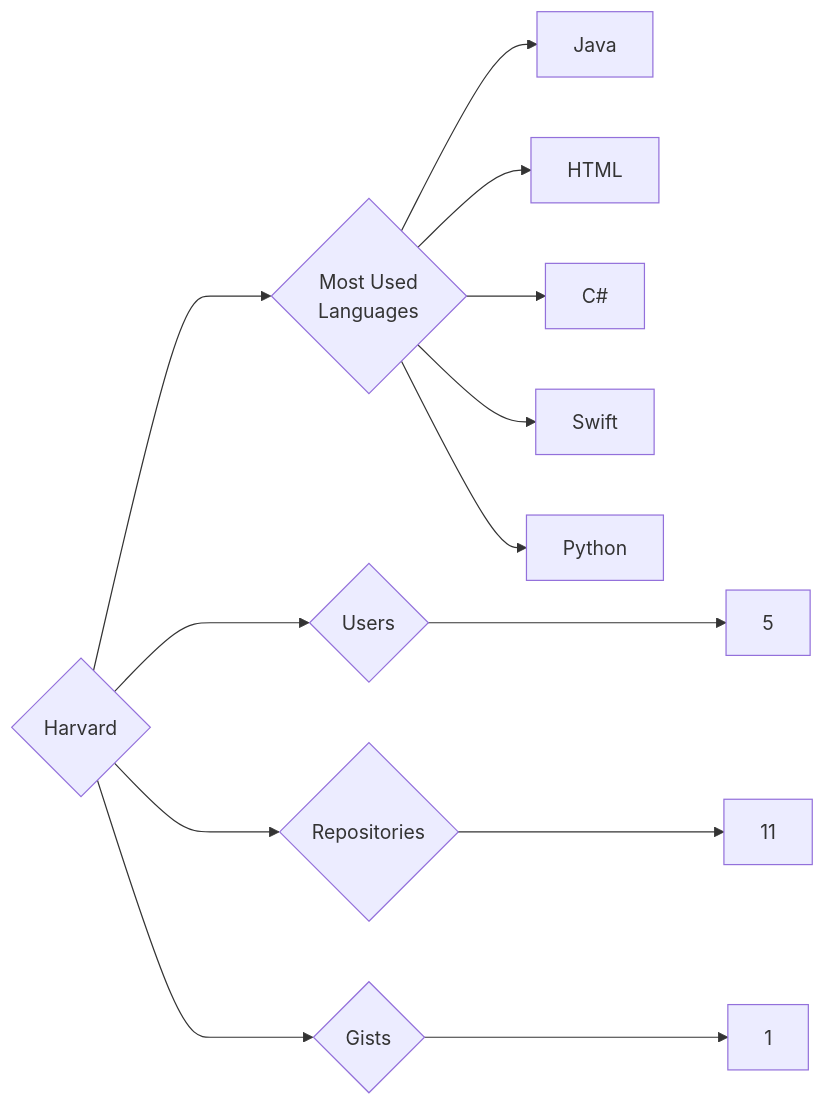
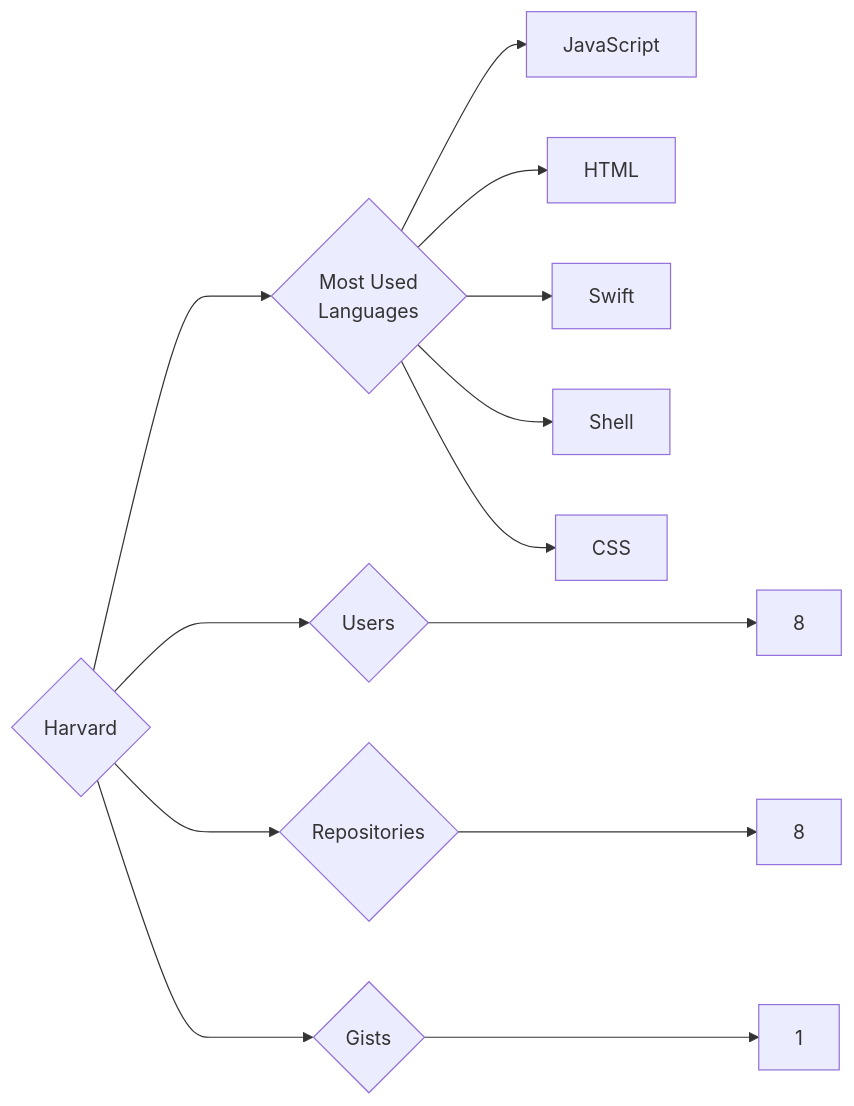
Before and after one commit to trickest/insiders: the diagram in targets/Harvard/README.md, drawn with Mermaid. The commit also changed 776 other files, not shown here.

````diff
--- a/targets/Harvard/README.md
+++ b/targets/Harvard/README.md
@@ -3,13 +3,13 @@
 ```mermaid
 graph LR
 COMPANY_NAME{Harvard}
-COMPANY_NAME ---> U{Users} ---> UN[5]
-COMPANY_NAME ---> R{Repositories} ---> RN[11]
+COMPANY_NAME ---> U{Users} ---> UN[8]
+COMPANY_NAME ---> R{Repositories} ---> RN[8]
 COMPANY_NAME ---> G{Gists} ---> GN[1]
 COMPANY_NAME ---> ML{Most Used<br>Languages}
-ML --> Java[Java]
+ML --> JavaScript[JavaScript]
 ML --> HTML[HTML]
-ML --> C#[C#]
 ML --> Swift[Swift]
-ML --> Python[Python]
+ML --> Shell[Shell]
+ML --> CSS[CSS]
 ```
````
